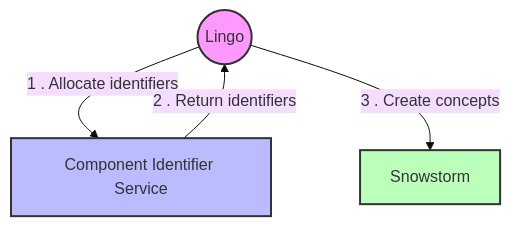
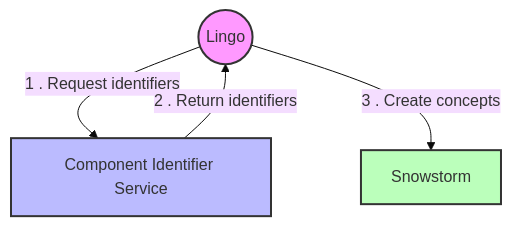
Before and after one commit to AuDigitalHealth/lingo: the seventh of 7 diagrams in docs/design/integration-points.md, drawn with Mermaid (base theme). The commit also changed other lines of this file, not shown here.

````diff
--- a/docs/design/integration-points.md
+++ b/docs/design/integration-points.md
@@ -211,12 +215,12 @@
 ```mermaid
 graph TB
     Lingo((Lingo))
     CIS[Component Identifier Service]
     Snowstorm[Snowstorm]
-    Lingo -->|1 . Allocate identifiers| CIS
+    Lingo -->|1 . Request identifiers| CIS
     CIS -->|2 . Return identifiers| Lingo
     Lingo -->|3 . Create concepts| Snowstorm
     style Lingo fill: #f9f, stroke: #333, stroke-width: 2px
     style CIS fill: #bbf, stroke: #333, stroke-width: 2px
     style Snowstorm fill: #bfb, stroke: #333, stroke-width: 2px
 ```
````
